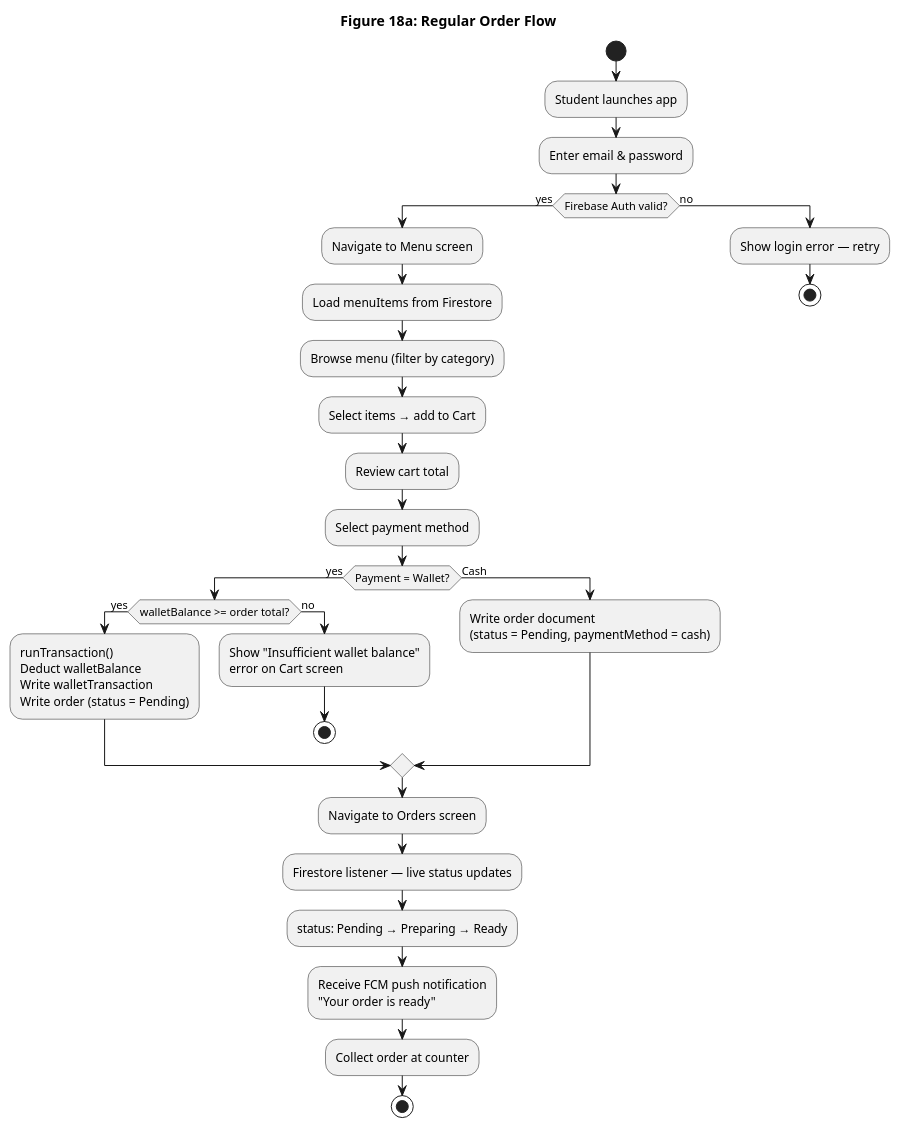
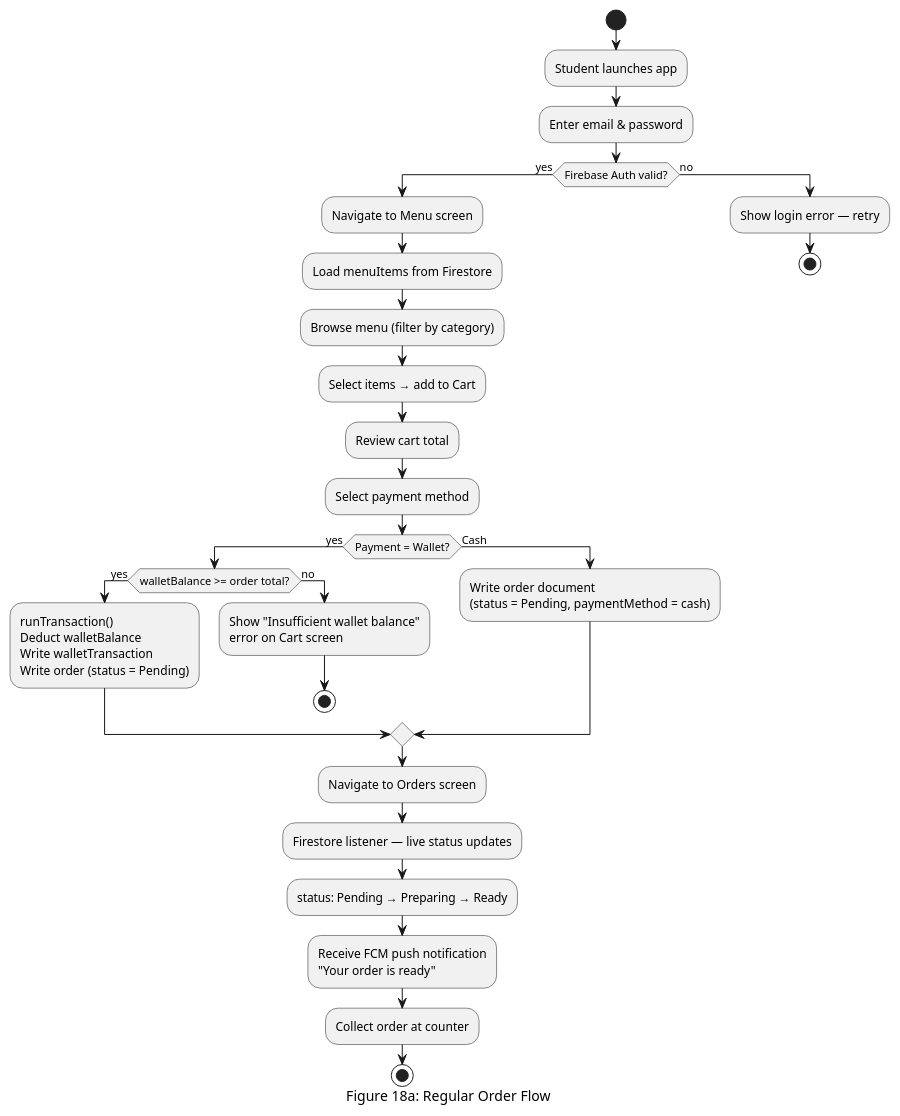
The fourth of 9 diagrams in pdf-source/figures/ch-5.md (Musyonchez/beni-2), drawn with PlantUML before and after one commit. The commit also changed other lines of this file and 30 other files, not shown here.

First line of the commit message:
chore: update figures, add generated PNGs, fix figure follow-up paragraphs

````diff
--- a/pdf-source/figures/ch-5.md
+++ b/pdf-source/figures/ch-5.md
@@ -262,38 +262,38 @@
 ```plantuml
 @startuml Figure18a_FlowchartA
 skinparam backgroundColor white
 skinparam defaultFontName Arial
-title Figure 18a: Regular Order Flow
+caption Figure 18a: Regular Order Flow
 
 start
 :Student launches app;
 :Enter email & password;
 if (Firebase Auth valid?) then (yes)
   :Navigate to Menu screen;
   :Load menuItems from Firestore;
   :Browse menu (filter by category);
   :Select items → add to Cart;
   :Review cart total;
   :Select payment method;
   if (Payment = Wallet?) then (yes)
     if (walletBalance >= order total?) then (yes)
       :runTransaction()\nDeduct walletBalance\nWrite walletTransaction\nWrite order (status = Pending);
     else (no)
       :Show "Insufficient wallet balance"\nerror on Cart screen;
       stop
     endif
   else (Cash)
     :Write order document\n(status = Pending, paymentMethod = cash);
   endif
   :Navigate to Orders screen;
   :Firestore listener — live status updates;
   :status: Pending → Preparing → Ready;
   :Receive FCM push notification\n"Your order is ready";
   :Collect order at counter;
   stop
 else (no)
   :Show login error — retry;
   stop
 endif
 @enduml
 ```
````
